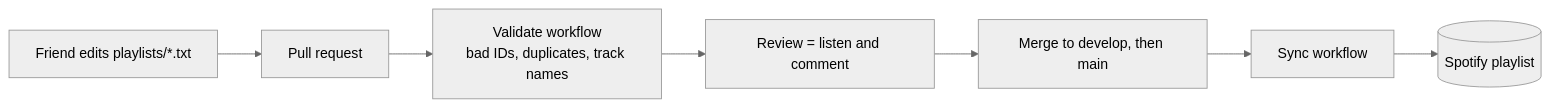
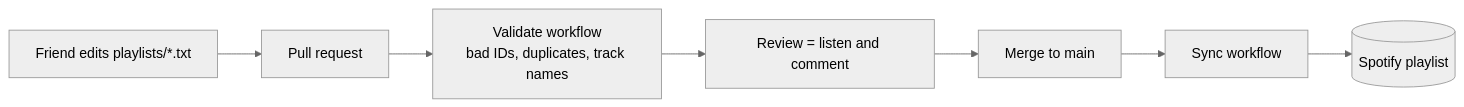
One commit to keito118/spotify-playlist-as-code changed the diagram in README.md. Above: the diagram before and after it, drawn with Mermaid (neutral theme). The commit also changed other lines of this file and 5 other files, not shown here.

````diff
--- a/README.md
+++ b/README.md
@@ -14,9 +14,9 @@
 ```mermaid
 flowchart LR
   A[Friend edits playlists/*.txt] --> B[Pull request]
   B --> C[Validate workflow<br/>bad IDs, duplicates, track names]
   C --> D[Review = listen and comment]
-  D --> E[Merge to develop, then main]
+  D --> E[Merge to main]
   E --> F[Sync workflow]
   F --> G[(Spotify playlist)]
 ```
````
